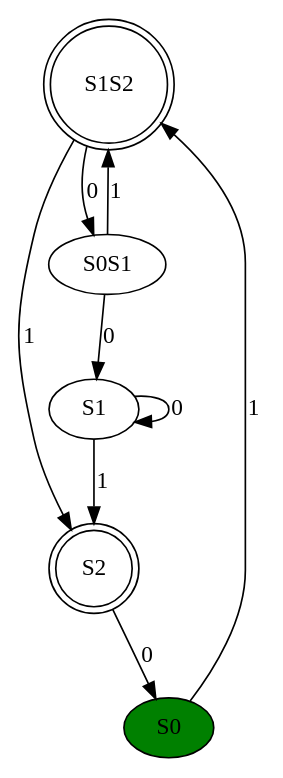
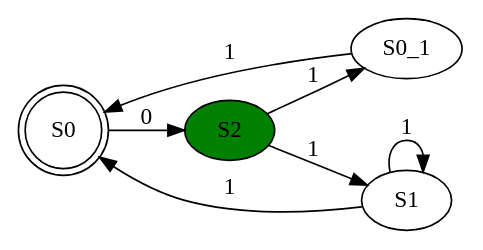
Before and after one commit to Issamoh/Automata-operations: the diagram in dotsource.dot, drawn with Graphviz. The commit also changed 6 other files, not shown here.

```diff
--- a/dotsource.dot
+++ b/dotsource.dot
@@ -1,13 +1,11 @@
 digraph G {
-S1S2 [shape=doublecircle];
-S2 [shape=doublecircle];
-S0 [style=filled, fillcolor=green];
-S1S2 -> S0S1 [label=0];
-S1S2 -> S2 [label=1];
-S0 -> S1S2 [label=1];
-S0S1 -> S1S2 [label=1];
-S0S1 -> S1 [label=0];
-S1 -> S1 [label=0];
-S1 -> S2 [label=1];
-S2 -> S0 [label=0];
+rankdir="LR";
+S0 [shape=doublecircle];
+S2 [style=filled, fillcolor=green];
+S0_1 -> S0 [label=1];
+S0 -> S2 [label=0];
+S1 -> S0 [label=1];
+S1 -> S1 [label=1];
+S2 -> S0_1 [label=1];
+S2 -> S1 [label=1];
 }
```
